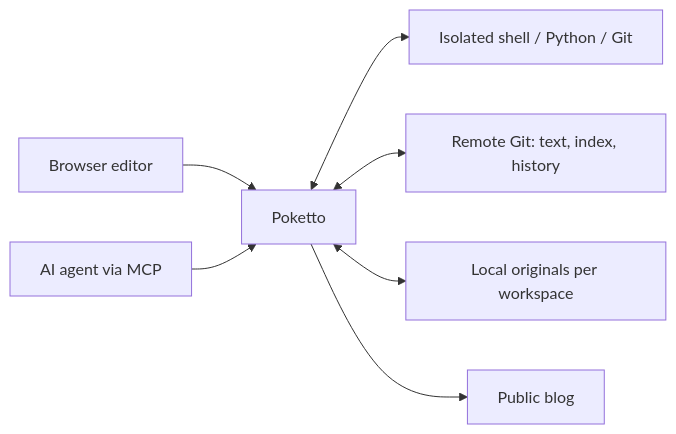
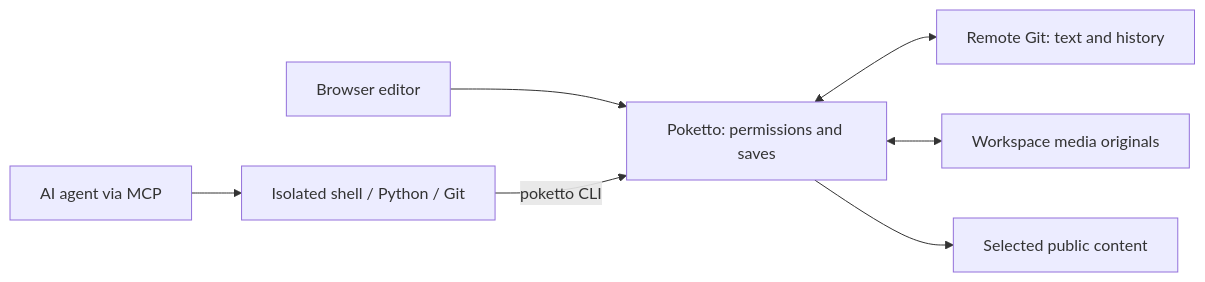
The diagram in README.md (core607/poketto), drawn with Mermaid before and after one commit. The commit also changed other lines of this file and 3 other files, not shown here.

First line of the commit message:
docs(readme): introduce the shared agent workspace first

````diff
--- a/README.md
+++ b/README.md
@@ -52,9 +11,9 @@
 ```mermaid
 flowchart LR
-    Browser[Browser editor] --> Service[Poketto]
-    Agent[AI agent via MCP] --> Service
-    Service <--> Sandbox[Isolated shell / Python / Git]
-    Service <--> Repository[Remote Git: text, index, history]
-    Service <--> Originals[Local originals per workspace]
-    Service --> Blog[Public blog]
+    Human[Browser editor] --> Host[Poketto: permissions and saves]
+    Agent[AI agent via MCP] --> Copy[Isolated shell / Python / Git]
+    Copy -->|poketto CLI| Host
+    Host <--> Git[Remote Git: text and history]
+    Host <--> Media[Workspace media originals]
+    Host --> Site[Selected public content]
 ```
````
